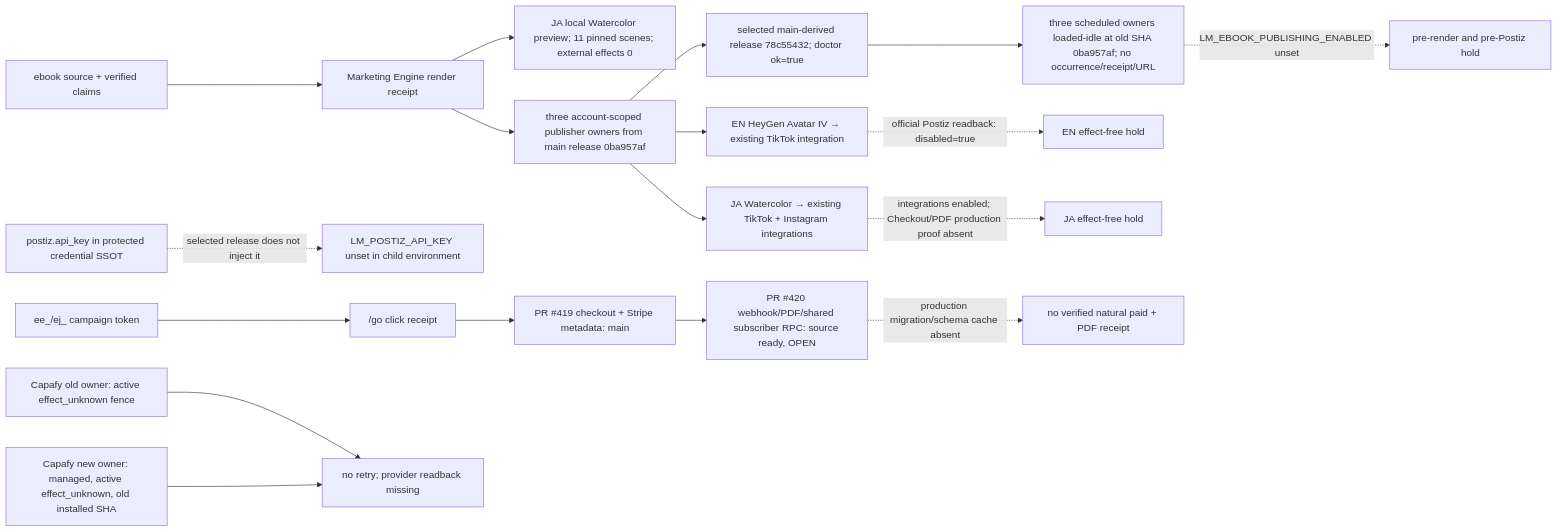
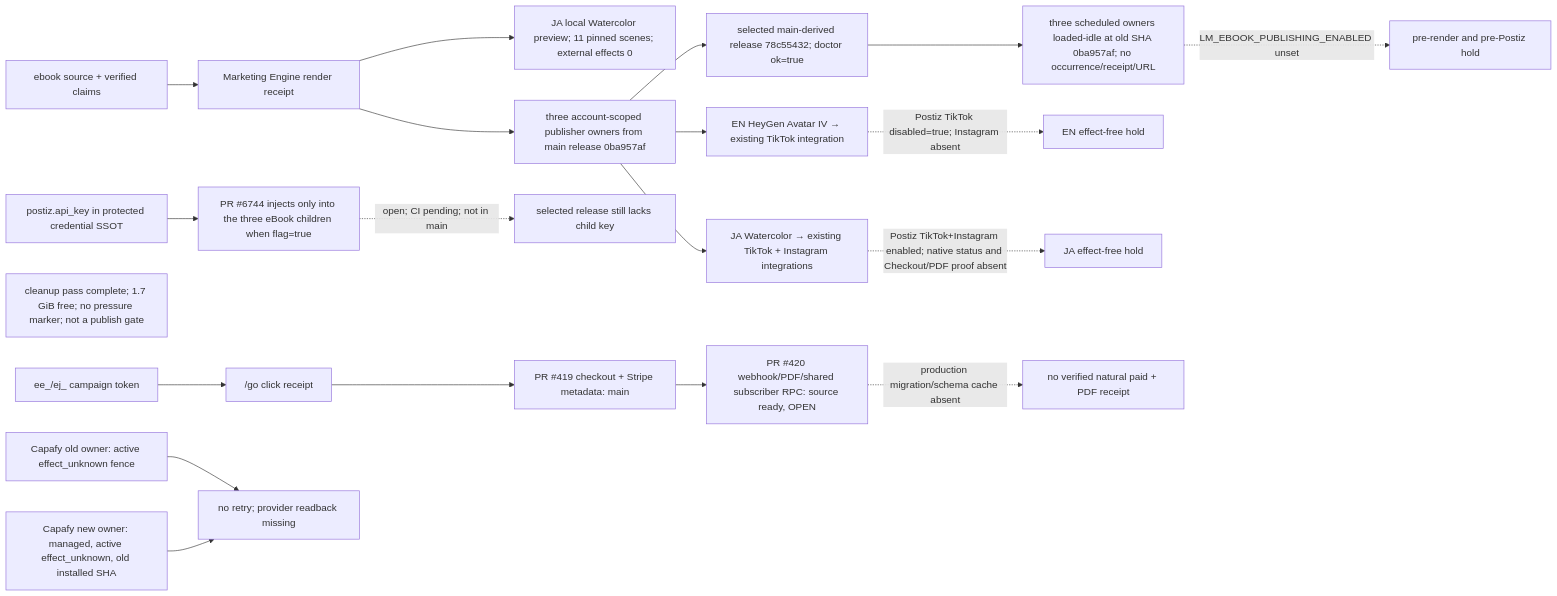
One commit to Daisuke134/life-manager changed the first of 3 diagrams in docs/superpowers/specs/2026-10-05-ebook-revenue-loop-design.md. Above: the diagram before and after it, drawn with Mermaid. The commit also changed other lines of this file and 2 other files, not shown here.

```diff
--- a/docs/superpowers/specs/2026-10-05-ebook-revenue-loop-design.md
+++ b/docs/superpowers/specs/2026-10-05-ebook-revenue-loop-design.md
@@ -85,20 +93,22 @@
 ~~~mermaid
 flowchart LR
   CONTENT["ebook source + verified claims"] --> ENGINE["Marketing Engine render receipt"]
   ENGINE --> PREVIEW["JA local Watercolor preview; 11 pinned scenes; external effects 0"]
   ENGINE --> SOURCE["three account-scoped publisher owners from main release 0ba957af"]
   SOURCE --> RELEASE["selected main-derived release 78c55432; doctor ok=true"]
   RELEASE --> OWNER["three scheduled owners loaded-idle at old SHA 0ba957af; no occurrence/receipt/URL"]
   OWNER -. "LM_EBOOK_PUBLISHING_ENABLED unset" .-> NORUNTIME["pre-render and pre-Postiz hold"]
-  KEY["postiz.api_key in protected credential SSOT"] -. "selected release does not inject it" .-> ENV["LM_POSTIZ_API_KEY unset in child environment"]
+  KEY["postiz.api_key in protected credential SSOT"] --> WIRING["PR #6744 injects only into the three eBook children when flag=true"]
+  WIRING -. "open; CI pending; not in main" .-> ENV["selected release still lacks child key"]
+  DISK["cleanup pass complete; 1.7 GiB free; no pressure marker; not a publish gate"]
   SOURCE --> EN["EN HeyGen Avatar IV → existing TikTok integration"]
   SOURCE --> JA["JA Watercolor → existing TikTok + Instagram integrations"]
-  EN -. "official Postiz readback: disabled=true" .-> ENHOLD["EN effect-free hold"]
-  JA -. "integrations enabled; Checkout/PDF production proof absent" .-> JAHOLD["JA effect-free hold"]
+  EN -. "Postiz TikTok disabled=true; Instagram absent" .-> ENHOLD["EN effect-free hold"]
+  JA -. "Postiz TikTok+Instagram enabled; native status and Checkout/PDF proof absent" .-> JAHOLD["JA effect-free hold"]
   TOKEN["ee_/ej_ campaign token"] --> GO["/go click receipt"]
   GO --> CHECKOUT["PR #419 checkout + Stripe metadata: main"]
   CHECKOUT --> WH["PR #420 webhook/PDF/shared subscriber RPC: source ready, OPEN"]
   WH -. "production migration/schema cache absent" .-> NOORDER["no verified natural paid + PDF receipt"]
   OLD["Capafy old owner: active effect_unknown fence"] --> HOLD["no retry; provider readback missing"]
   NEW["Capafy new owner: managed, active effect_unknown, old installed SHA"] --> HOLD
 ~~~
```
